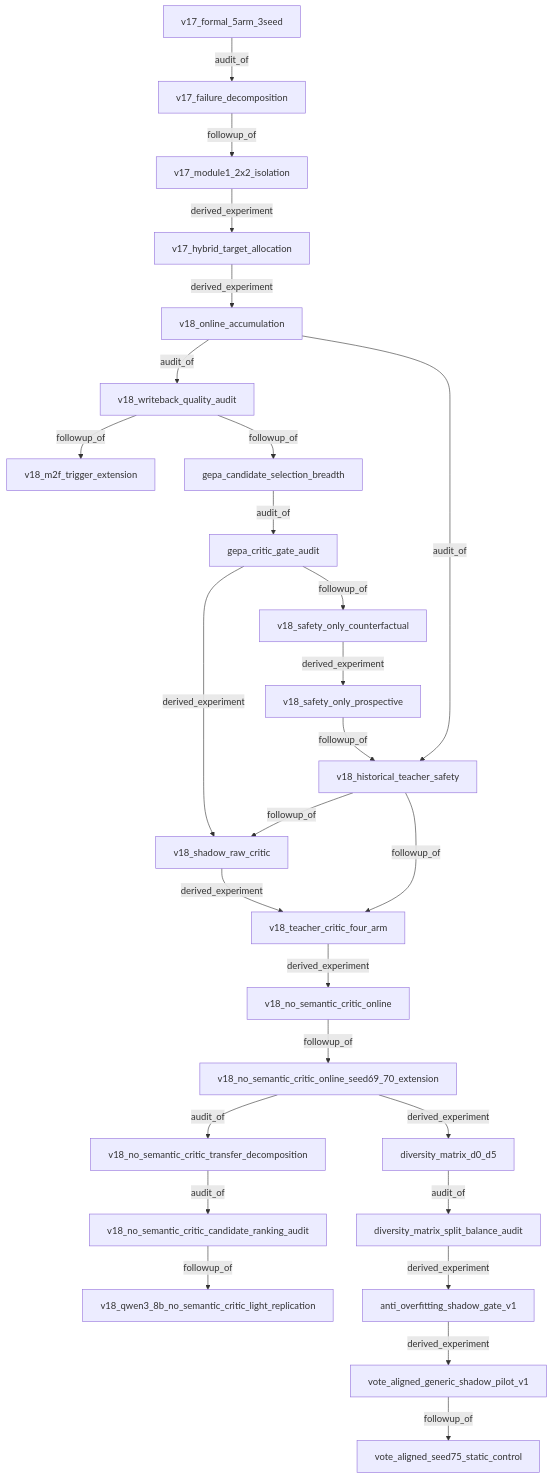
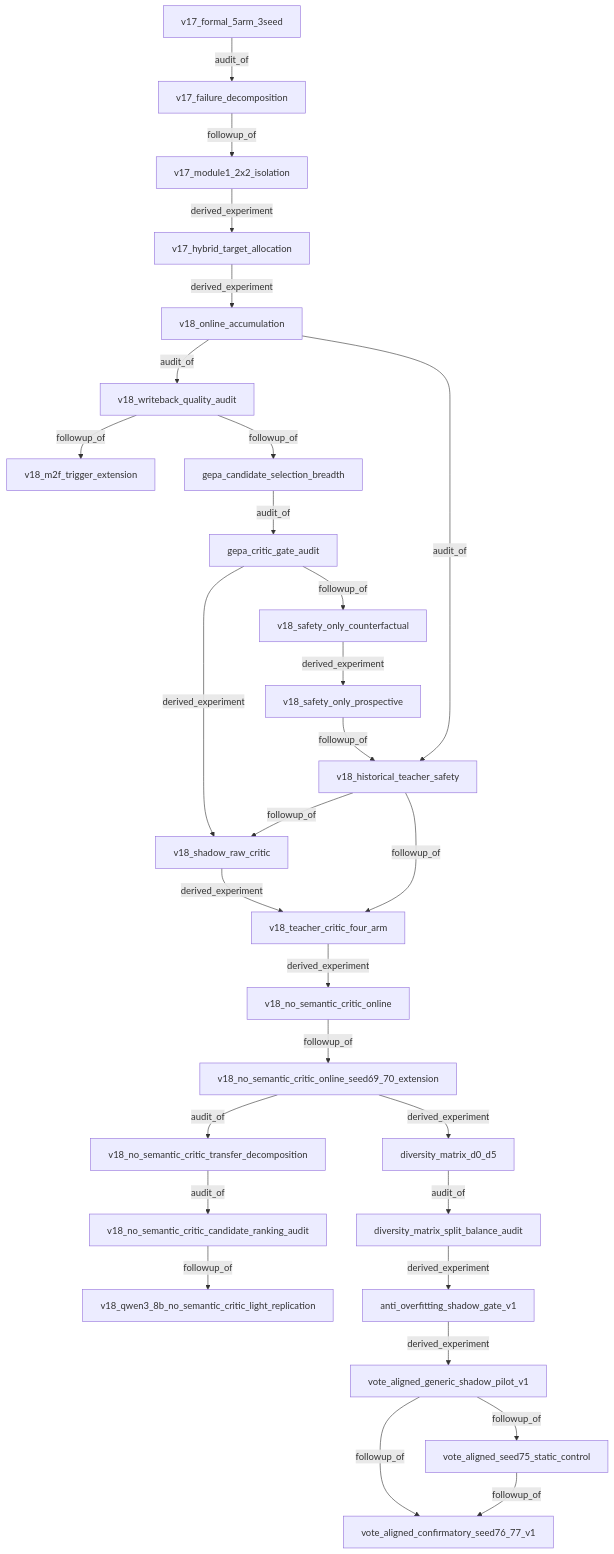
The diagram in docs/experiments/LINEAGE.md (mmmmyyyxx/multi_agent_diversity), drawn with Mermaid before and after one commit. The commit also changed other lines of this file and 8 other files, not shown here.

Commit message:
Preregister Seed76/77 vote-aligned replication

````diff
--- a/docs/experiments/LINEAGE.md
+++ b/docs/experiments/LINEAGE.md
@@ -5,29 +5,31 @@
 ```mermaid
 graph TD
   v17_formal_5arm_3seed["v17_formal_5arm_3seed"] -->|audit_of| v17_failure_decomposition["v17_failure_decomposition"]
   v17_failure_decomposition["v17_failure_decomposition"] -->|followup_of| v17_module1_2x2_isolation["v17_module1_2x2_isolation"]
   v17_module1_2x2_isolation["v17_module1_2x2_isolation"] -->|derived_experiment| v17_hybrid_target_allocation["v17_hybrid_target_allocation"]
   v17_hybrid_target_allocation["v17_hybrid_target_allocation"] -->|derived_experiment| v18_online_accumulation["v18_online_accumulation"]
   v18_online_accumulation["v18_online_accumulation"] -->|audit_of| v18_writeback_quality_audit["v18_writeback_quality_audit"]
   v18_writeback_quality_audit["v18_writeback_quality_audit"] -->|followup_of| v18_m2f_trigger_extension["v18_m2f_trigger_extension"]
   v18_writeback_quality_audit["v18_writeback_quality_audit"] -->|followup_of| gepa_candidate_selection_breadth["gepa_candidate_selection_breadth"]
   gepa_candidate_selection_breadth["gepa_candidate_selection_breadth"] -->|audit_of| gepa_critic_gate_audit["gepa_critic_gate_audit"]
   gepa_critic_gate_audit["gepa_critic_gate_audit"] -->|followup_of| v18_safety_only_counterfactual["v18_safety_only_counterfactual"]
   v18_safety_only_counterfactual["v18_safety_only_counterfactual"] -->|derived_experiment| v18_safety_only_prospective["v18_safety_only_prospective"]
   v18_safety_only_prospective["v18_safety_only_prospective"] -->|followup_of| v18_historical_teacher_safety["v18_historical_teacher_safety"]
   v18_online_accumulation["v18_online_accumulation"] -->|audit_of| v18_historical_teacher_safety["v18_historical_teacher_safety"]
   gepa_critic_gate_audit["gepa_critic_gate_audit"] -->|derived_experiment| v18_shadow_raw_critic["v18_shadow_raw_critic"]
   v18_historical_teacher_safety["v18_historical_teacher_safety"] -->|followup_of| v18_shadow_raw_critic["v18_shadow_raw_critic"]
   v18_shadow_raw_critic["v18_shadow_raw_critic"] -->|derived_experiment| v18_teacher_critic_four_arm["v18_teacher_critic_four_arm"]
   v18_historical_teacher_safety["v18_historical_teacher_safety"] -->|followup_of| v18_teacher_critic_four_arm["v18_teacher_critic_four_arm"]
   v18_teacher_critic_four_arm["v18_teacher_critic_four_arm"] -->|derived_experiment| v18_no_semantic_critic_online["v18_no_semantic_critic_online"]
   v18_no_semantic_critic_online["v18_no_semantic_critic_online"] -->|followup_of| v18_no_semantic_critic_online_seed69_70_extension["v18_no_semantic_critic_online_seed69_70_extension"]
   v18_no_semantic_critic_online_seed69_70_extension["v18_no_semantic_critic_online_seed69_70_extension"] -->|audit_of| v18_no_semantic_critic_transfer_decomposition["v18_no_semantic_critic_transfer_decomposition"]
   v18_no_semantic_critic_transfer_decomposition["v18_no_semantic_critic_transfer_decomposition"] -->|audit_of| v18_no_semantic_critic_candidate_ranking_audit["v18_no_semantic_critic_candidate_ranking_audit"]
   v18_no_semantic_critic_candidate_ranking_audit["v18_no_semantic_critic_candidate_ranking_audit"] -->|followup_of| v18_qwen3_8b_no_semantic_critic_light_replication["v18_qwen3_8b_no_semantic_critic_light_replication"]
   v18_no_semantic_critic_online_seed69_70_extension["v18_no_semantic_critic_online_seed69_70_extension"] -->|derived_experiment| diversity_matrix_d0_d5["diversity_matrix_d0_d5"]
   diversity_matrix_d0_d5["diversity_matrix_d0_d5"] -->|audit_of| diversity_matrix_split_balance_audit["diversity_matrix_split_balance_audit"]
   diversity_matrix_split_balance_audit["diversity_matrix_split_balance_audit"] -->|derived_experiment| anti_overfitting_shadow_gate_v1["anti_overfitting_shadow_gate_v1"]
   anti_overfitting_shadow_gate_v1["anti_overfitting_shadow_gate_v1"] -->|derived_experiment| vote_aligned_generic_shadow_pilot_v1["vote_aligned_generic_shadow_pilot_v1"]
   vote_aligned_generic_shadow_pilot_v1["vote_aligned_generic_shadow_pilot_v1"] -->|followup_of| vote_aligned_seed75_static_control["vote_aligned_seed75_static_control"]
+  vote_aligned_generic_shadow_pilot_v1["vote_aligned_generic_shadow_pilot_v1"] -->|followup_of| vote_aligned_confirmatory_seed76_77_v1["vote_aligned_confirmatory_seed76_77_v1"]
+  vote_aligned_seed75_static_control["vote_aligned_seed75_static_control"] -->|followup_of| vote_aligned_confirmatory_seed76_77_v1["vote_aligned_confirmatory_seed76_77_v1"]
 ```
````
